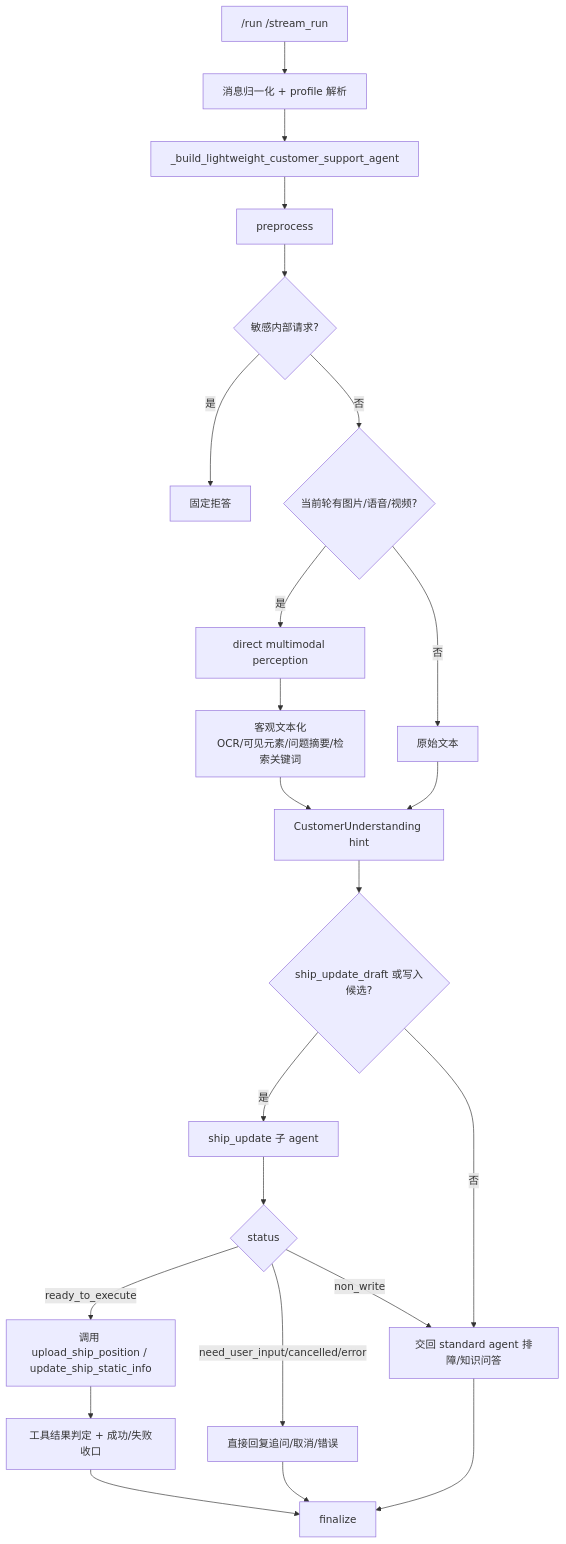
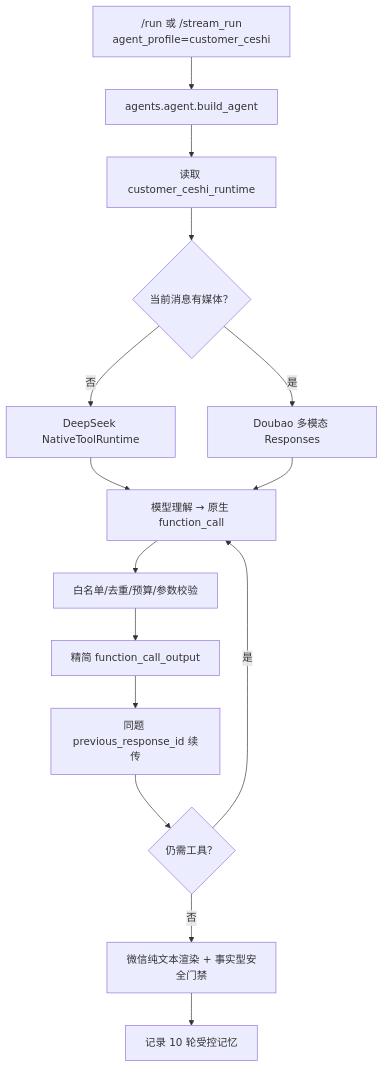
One commit to lr12338/hifleet-agent changed the diagram in docs/CUSTOMER_CESHI_ARCHITECTURE.md. Above: the diagram before and after it, drawn with Mermaid. The commit also changed other lines of this file and 33 other files, not shown here.

````diff
--- a/docs/CUSTOMER_CESHI_ARCHITECTURE.md
+++ b/docs/CUSTOMER_CESHI_ARCHITECTURE.md
@@ -25,25 +27,17 @@
 ```mermaid
 flowchart TD
-    A["/run /stream_run"] --> B["消息归一化 + profile 解析"]
-    B --> C["_build_lightweight_customer_support_agent"]
-    C --> D["preprocess"]
-    D --> E{"敏感内部请求?"}
-    E -->|是| F["固定拒答"]
-    E -->|否| G{"当前轮有图片/语音/视频?"}
-    G -->|是| H["direct multimodal perception"]
-    H --> I["客观文本化<br/>OCR/可见元素/问题摘要/检索关键词"]
-    G -->|否| J["原始文本"]
-    I --> K["CustomerUnderstanding hint"]
-    J --> K
-    K --> L{"ship_update_draft 或写入候选?"}
-    L -->|是| M["ship_update 子 agent"]
-    M --> N{"status"}
-    N -->|ready_to_execute| O["调用 upload_ship_position / update_ship_static_info"]
-    N -->|need_user_input/cancelled/error| P["直接回复追问/取消/错误"]
-    N -->|non_write| Q["交回 standard agent 排障/知识问答"]
-    L -->|否| Q
-    O --> R["工具结果判定 + 成功/失败收口"]
-    P --> S["finalize"]
-    Q --> S
-    R --> S
+    A["/run 或 /stream_run\nagent_profile=customer_ceshi"] --> B["agents.agent.build_agent"]
+    B --> C["读取 customer_ceshi_runtime"]
+    C --> D{"当前消息有媒体？"}
+    D -->|否| E["DeepSeek NativeToolRuntime"]
+    D -->|是| F["Doubao 多模态 Responses"]
+    E --> G["模型理解 → 原生 function_call"]
+    F --> G
+    G --> H["白名单/去重/预算/参数校验"]
+    H --> I["精简 function_call_output"]
+    I --> J["同题 previous_response_id 续传"]
+    J --> K{"仍需工具？"}
+    K -->|是| G
+    K -->|否| L["微信纯文本渲染 + 事实型安全门禁"]
+    L --> M["记录 10 轮受控记忆"]
 ```
````
